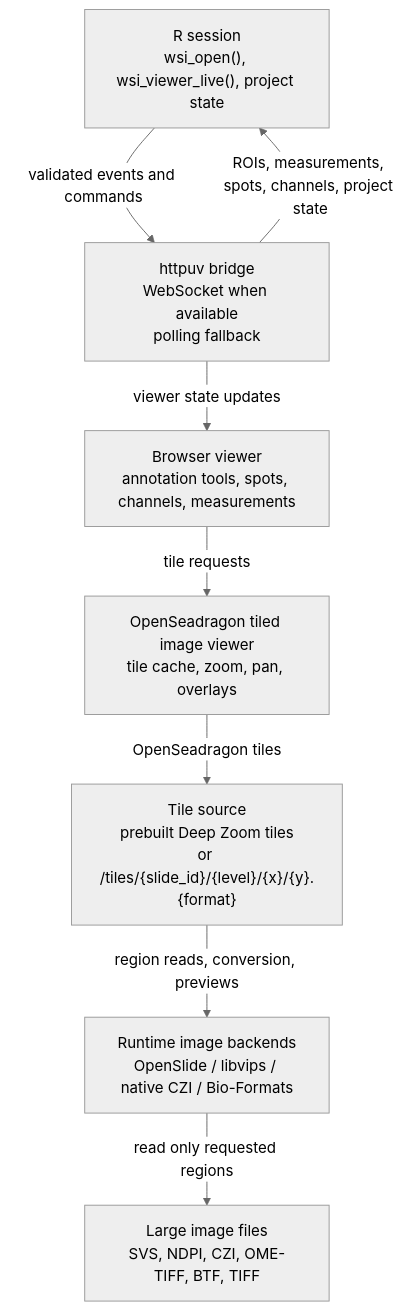
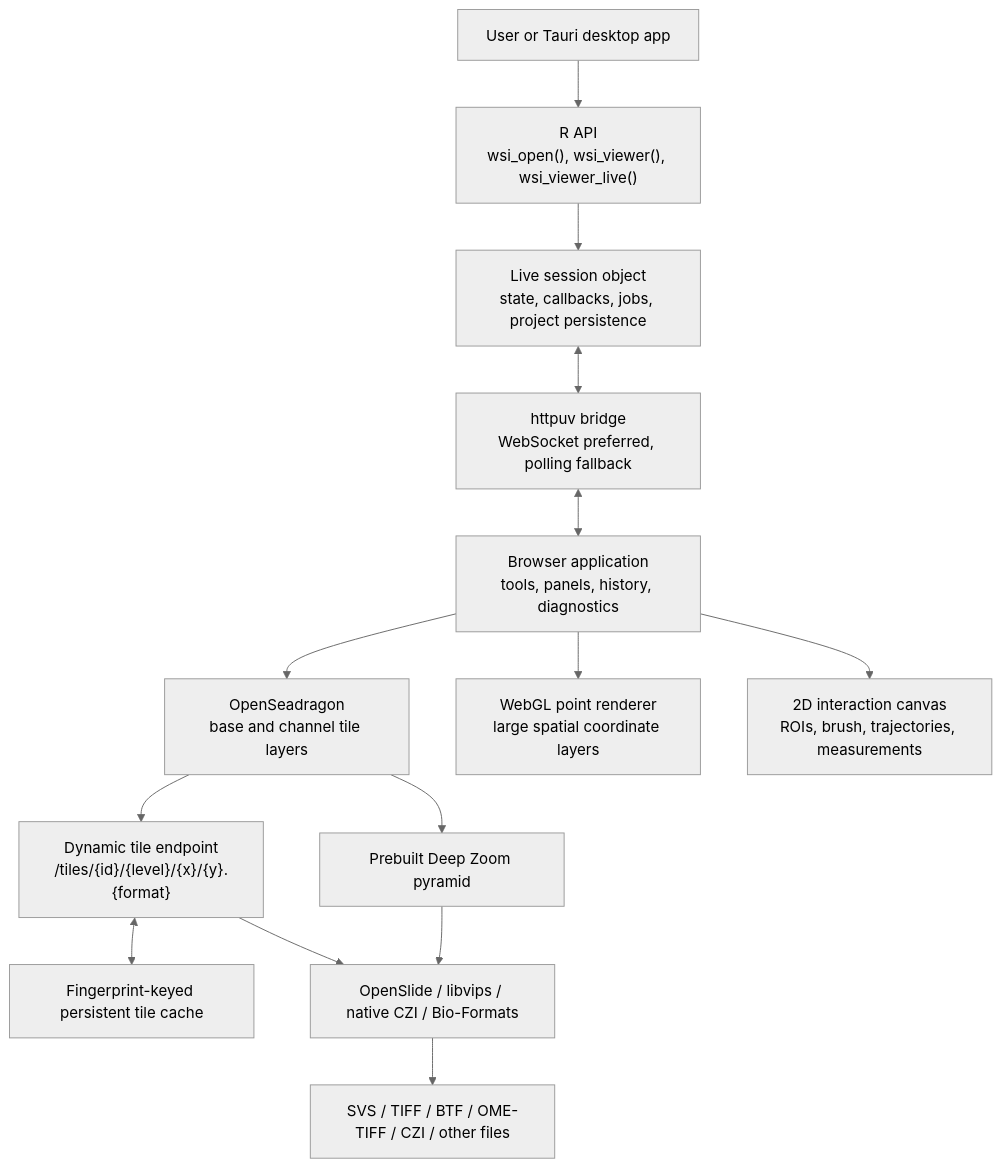
The diagram in docs/architecture.md (tkcaccia/wsiTools), drawn with Mermaid (neutral theme) before and after one commit. The commit also changed other lines of this file and 47 other files, not shown here.

Commit message:
Fix multi-slide spatial alignment and desktop release

````diff
--- a/docs/architecture.md
+++ b/docs/architecture.md
@@ -15,18 +26,30 @@
 ```mermaid
 flowchart TD
-  R["R session<br/>wsi_open(), wsi_viewer_live(), project state"]
-  Bridge["httpuv bridge<br/>WebSocket when available<br/>polling fallback"]
-  Browser["Browser viewer<br/>annotation tools, spots, channels, measurements"]
-  OSD["OpenSeadragon tiled image viewer<br/>tile cache, zoom, pan, overlays"]
-  TileRoute["Tile source<br/>prebuilt Deep Zoom tiles<br/>or /tiles/{slide_id}/{level}/{x}/{y}.{format}"]
-  Backends["Runtime image backends<br/>OpenSlide / libvips / native CZI / Bio-Formats"]
-  Files["Large image files<br/>SVS, NDPI, CZI, OME-TIFF, BTF, TIFF"]
+  User["User or Tauri desktop app"]
+  RAPI["R API<br/>wsi_open(), wsi_viewer(), wsi_viewer_live()"]
+  Session["Live session object<br/>state, callbacks, jobs, project persistence"]
+  Bridge["httpuv bridge<br/>WebSocket preferred, polling fallback"]
+  Browser["Browser application<br/>tools, panels, history, diagnostics"]
+  OSD["OpenSeadragon<br/>base and channel tile layers"]
+  GPU["WebGL point renderer<br/>large spatial coordinate layers"]
+  Canvas["2D interaction canvas<br/>ROIs, brush, trajectories, measurements"]
+  StaticTiles["Prebuilt Deep Zoom pyramid"]
+  DynamicTiles["Dynamic tile endpoint<br/>/tiles/{id}/{level}/{x}/{y}.{format}"]
+  Cache["Fingerprint-keyed persistent tile cache"]
+  Backends["OpenSlide / libvips / native CZI / Bio-Formats"]
+  Images["SVS / TIFF / BTF / OME-TIFF / CZI / other files"]
 
-  R -->|"validated events and commands"| Bridge
-  Bridge -->|"viewer state updates"| Browser
-  Browser -->|"tile requests"| OSD
-  OSD -->|"OpenSeadragon tiles"| TileRoute
-  TileRoute -->|"region reads, conversion, previews"| Backends
-  Backends -->|"read only requested regions"| Files
-  Bridge -->|"ROIs, measurements, spots, channels, project state"| R
+  User --> RAPI
+  RAPI --> Session
+  Session <--> Bridge
+  Bridge <--> Browser
+  Browser --> OSD
+  Browser --> GPU
+  Browser --> Canvas
+  OSD --> StaticTiles
+  OSD --> DynamicTiles
+  DynamicTiles <--> Cache
+  DynamicTiles --> Backends
+  StaticTiles --> Backends
+  Backends --> Images
 ```
````
